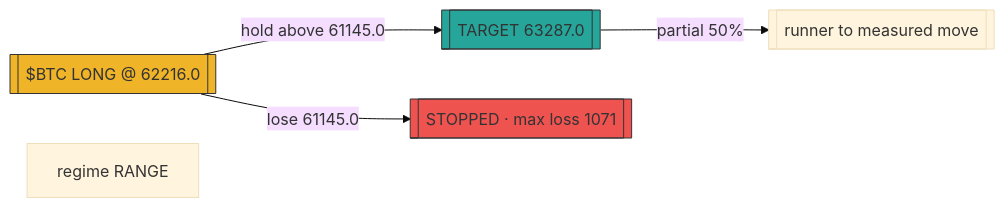
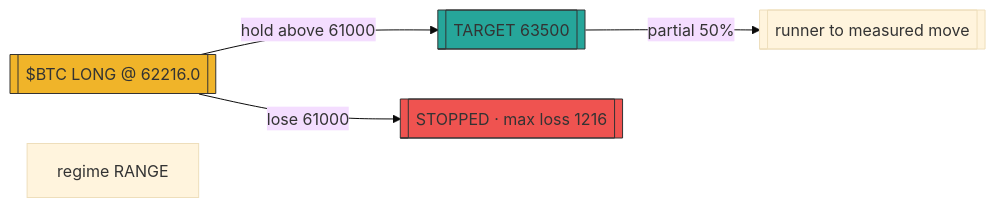
The diagram in astronomer/data/proveout_posts_astronomer_zero/2074998364215914497.mmd (prx0r/BEAR), drawn with Mermaid (base theme) before and after one commit. The commit also changed 2030 other files, not shown here.

```diff
--- a/astronomer/data/proveout_posts_astronomer_zero/2074998364215914497.mmd
+++ b/astronomer/data/proveout_posts_astronomer_zero/2074998364215914497.mmd
@@ -1,9 +1,9 @@
 flowchart LR
     sig[["$BTC LONG @ 62216.0"]]
-    sig -->|"hold above 61145.0"| tgt[["TARGET 63287.0"]]
-    sig -->|"lose 61145.0"| stp[["STOPPED · max loss 1071"]]
+    sig -->|"hold above 61000"| tgt[["TARGET 63500"]]
+    sig -->|"lose 61000"| stp[["STOPPED · max loss 1216"]]
     tgt -->|"partial 50%"| t2[["runner to measured move"]]
     style sig fill:#f0b429,stroke:#333
     style tgt fill:#26a69a,stroke:#333
     style stp fill:#ef5350,stroke:#333
     sub["regime RANGE" ]
```
